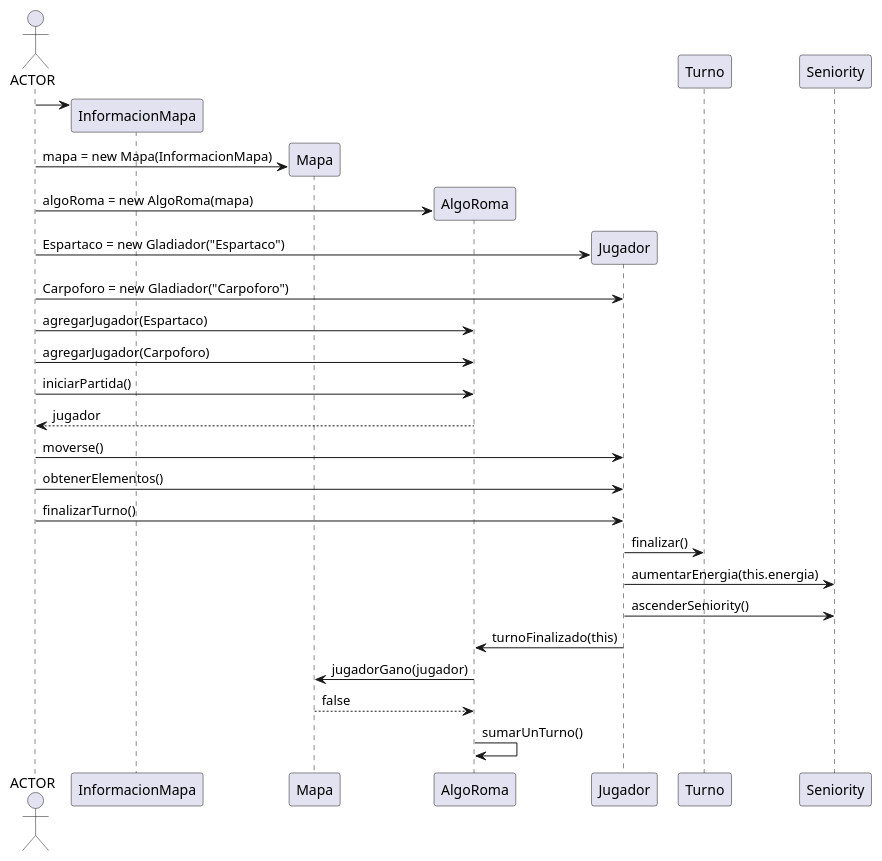
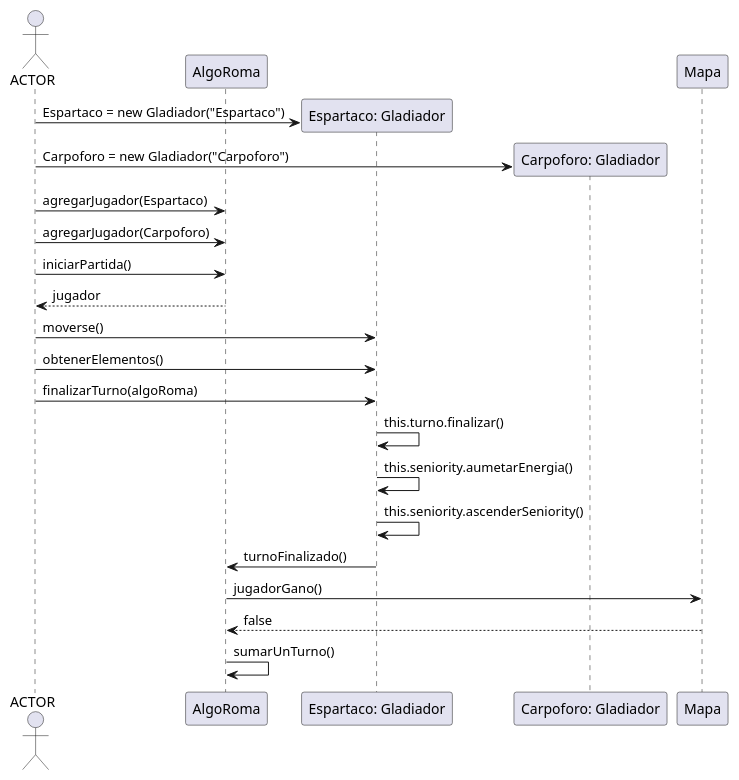
One commit to CrissRMFI/TP2-AlgoIII changed the diagram in diagrams/sequences/004JugadorFinalizaTurno.puml. Above: the diagram before and after it, drawn with PlantUML. The commit also changed 16 other files, not shown here.

Commit message:
Agregamos Diagramas de secuencia

```diff
--- a/diagrams/sequences/004JugadorFinalizaTurno.puml
+++ b/diagrams/sequences/004JugadorFinalizaTurno.puml
@@ -1,39 +1,35 @@
 @startuml
 
 actor ACTOR
-create InformacionMapa
+participant AlgoRoma
+participant Jugador1 as "Espartaco: Gladiador"
+participant Jugador2 as "Carpoforo: Gladiador"
 
-ACTOR -> InformacionMapa
-create Mapa
-ACTOR -> Mapa: mapa = new Mapa(InformacionMapa)
+create Jugador1
+ACTOR -> Jugador1: Espartaco = new Gladiador("Espartaco")
+create Jugador2
+ACTOR -> Jugador2: Carpoforo = new Gladiador("Carpoforo")
 
-Create AlgoRoma
-ACTOR -> AlgoRoma: algoRoma = new AlgoRoma(mapa)
-
-
-create Jugador
-
-ACTOR -> Jugador: Espartaco = new Gladiador("Espartaco")
-ACTOR -> Jugador: Carpoforo = new Gladiador("Carpoforo")
 
 ACTOR -> AlgoRoma: agregarJugador(Espartaco)
 ACTOR -> AlgoRoma: agregarJugador(Carpoforo)
 
 
 ACTOR -> AlgoRoma: iniciarPartida()
 AlgoRoma --> ACTOR: jugador
 
-ACTOR -> Jugador: moverse()
+ACTOR -> Jugador1: moverse()
 
-ACTOR -> Jugador: obtenerElementos()
+ACTOR -> Jugador1: obtenerElementos()
 
-ACTOR -> Jugador: finalizarTurno()
-Jugador -> Turno: finalizar()
-Jugador -> Seniority: aumentarEnergia(this.energia)
-Jugador -> Seniority: ascenderSeniority()
-Jugador -> AlgoRoma: turnoFinalizado(this)
+ACTOR -> Jugador1: finalizarTurno(algoRoma)
 
-AlgoRoma -> Mapa: jugadorGano(jugador)
+Jugador1 -> Jugador1: this.turno.finalizar()
+Jugador1 -> Jugador1: this.seniority.aumetarEnergia()
+Jugador1 -> Jugador1: this.seniority.ascenderSeniority()
+Jugador1 -> AlgoRoma: turnoFinalizado()
+AlgoRoma -> Mapa: jugadorGano()
 Mapa --> AlgoRoma: false
 AlgoRoma -> AlgoRoma: sumarUnTurno()
+
 @enduml
```
